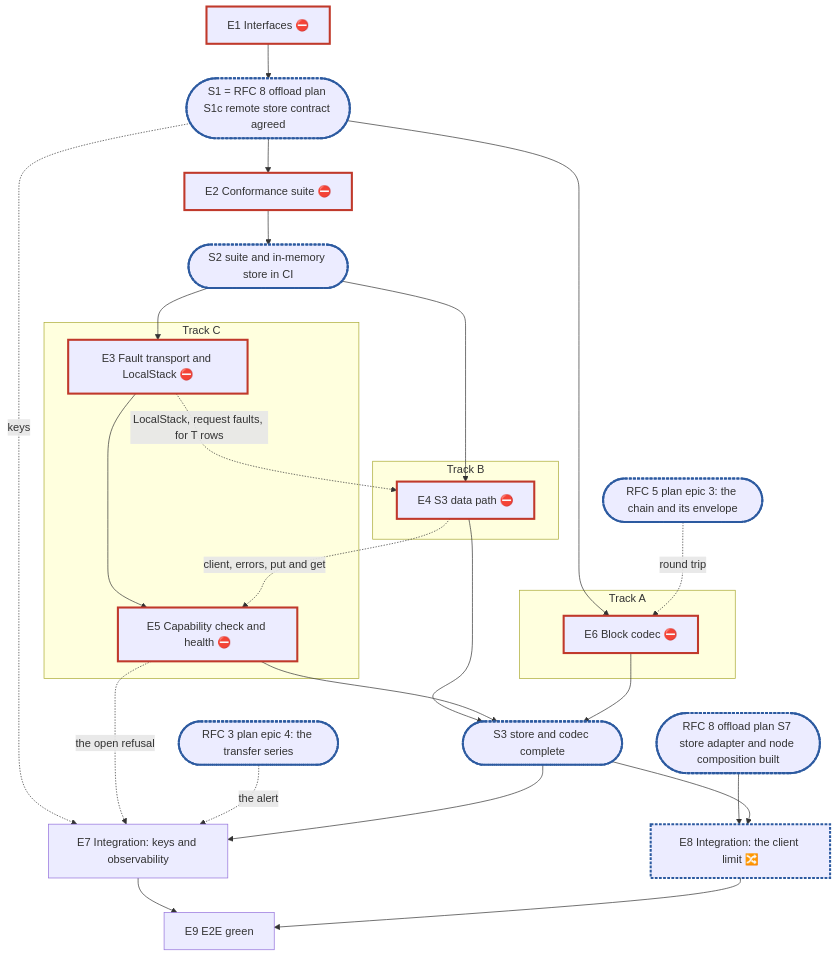
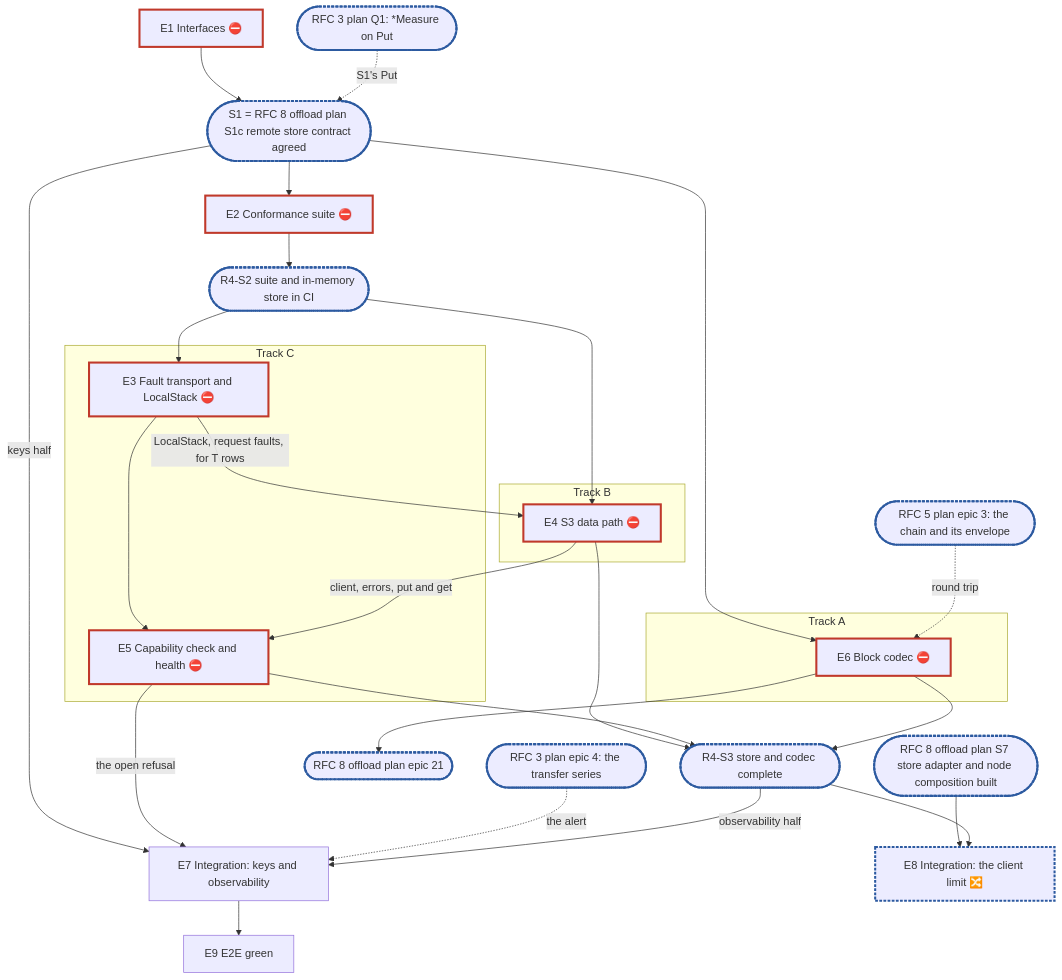
The diagram in .planning/rfc-4-remote-tier-plan.md (cubbit/dittofs), drawn with Mermaid before and after one commit. The commit also changed other lines of this file, not shown here.

Commit message:
docs(planning): fold the RFC 4 plan's review round

````diff
--- a/.planning/rfc-4-remote-tier-plan.md
+++ b/.planning/rfc-4-remote-tier-plan.md
@@ -313,29 +325,31 @@
 ```mermaid
 flowchart TD
   E1["E1 Interfaces ⛔"]:::blocker --> S1(["S1 = RFC 8 offload plan S1c remote store contract agreed"]):::sync
-  S1 --> E2["E2 Conformance suite ⛔"]:::blocker --> S2(["S2 suite and in-memory store in CI"]):::sync
+  Q1(["RFC 3 plan Q1: *Measure on Put"]):::sync -. "S1's Put" .-> S1
+  S1 --> E2["E2 Conformance suite ⛔"]:::blocker --> RS2(["R4-S2 suite and in-memory store in CI"]):::sync
   subgraph A["Track A"]
     E6["E6 Block codec ⛔"]:::blocker
   end
   subgraph B["Track B"]
     E4["E4 S3 data path ⛔"]:::blocker
   end
   subgraph C["Track C"]
     E3["E3 Fault transport and LocalStack ⛔"]:::blocker --> E5["E5 Capability check and health ⛔"]:::blocker
   end
-  S2 --> E3 & E4
+  RS2 --> E3 & E4
   S1 --> E6
   R5(["RFC 5 plan epic 3: the chain and its envelope"]):::sync -. "round trip" .-> E6
-  E3 -. "LocalStack, request faults, for T rows" .-> E4
-  E4 -. "client, errors, put and get" .-> E5
-  S1 -. "keys" .-> E7["E7 Integration: keys and observability"]
-  E5 -. "the open refusal" .-> E7
+  E3 -- "LocalStack, request faults, for T rows" --> E4
+  E4 -- "client, errors, put and get" --> E5
+  S1 -- "keys half" --> E7["E7 Integration: keys and observability"]
+  E5 -- "the open refusal" --> E7
   R3(["RFC 3 plan epic 4: the transfer series"]):::sync -. "the alert" .-> E7
-  E4 & E5 & E6 --> S3(["S3 store and codec complete"]):::sync
-  S3 --> E7
+  E4 & E5 & E6 --> RS3(["R4-S3 store and codec complete"]):::sync
+  RS3 -- "observability half" --> E7
+  E6 --> R8(["RFC 8 offload plan epic 21"]):::sync
   S7(["RFC 8 offload plan S7 store adapter and node composition built"]):::sync --> E8["E8 Integration: the client limit 🔀"]:::sync
-  S3 --> E8
-  E7 & E8 --> E9["E9 E2E green"]
+  RS3 --> E8
+  E7 --> E9["E9 E2E green"]
   classDef blocker stroke:#c0392b,stroke-width:3px
   classDef sync stroke:#2c5aa0,stroke-width:3px,stroke-dasharray:4 2
 ```
````
